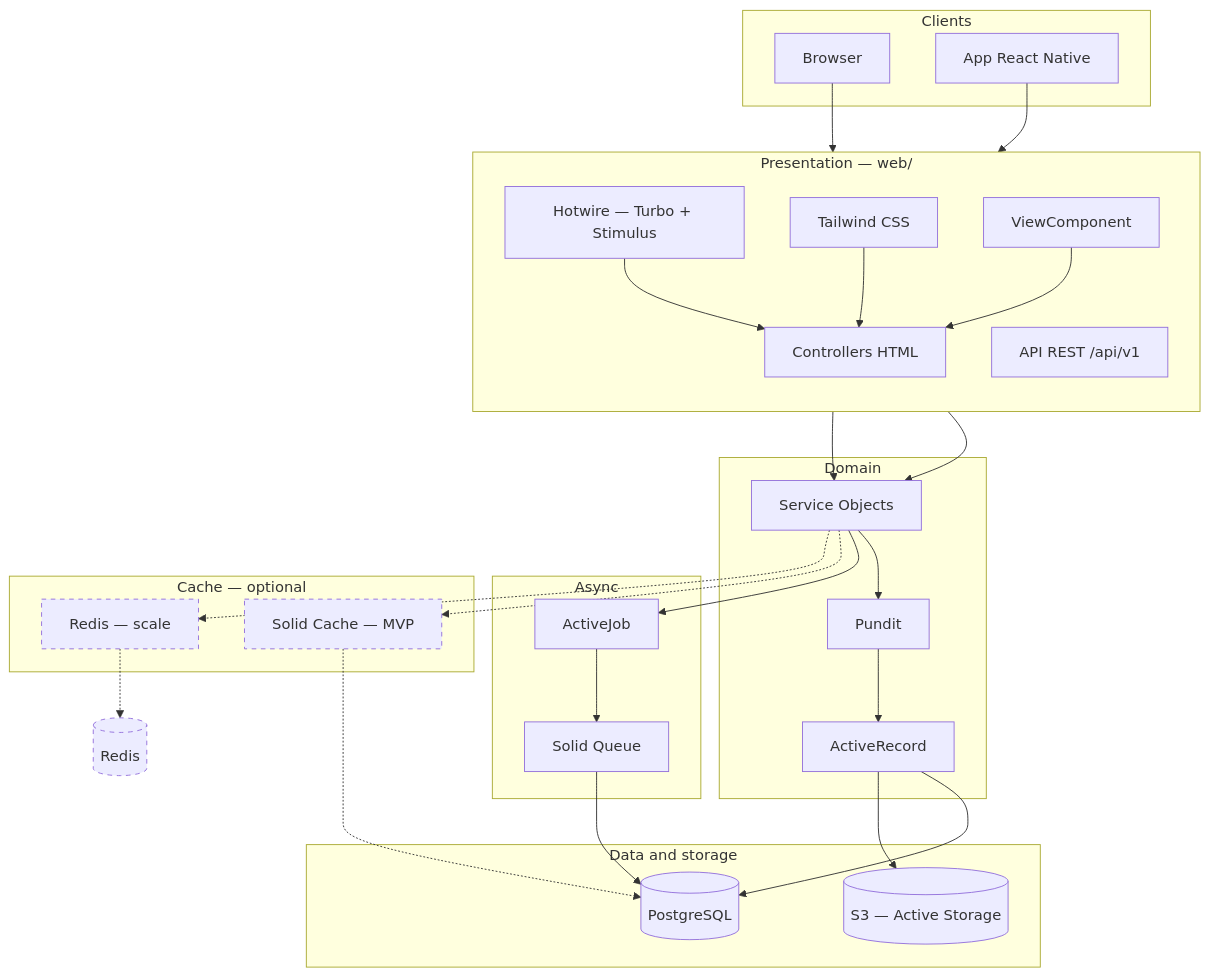
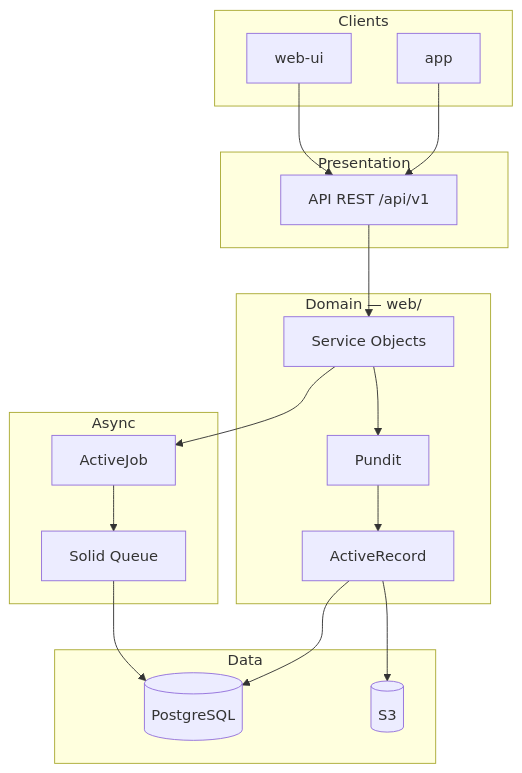
One commit to DLA-Solutions/school_lab changed the second of 2 diagrams in docs/web-stack.md. Above: the diagram before and after it, drawn with Mermaid. The commit also changed other lines of this file and 13 other files, not shown here.

First line of the commit message:
docs: plan API v1 with React clients, rswag, and JWT auth lifecycle

````diff
--- a/docs/web-stack.md
+++ b/docs/web-stack.md
@@ -221,64 +233,41 @@
 ```mermaid
 flowchart TB
     subgraph clients [Clients]
-        Browser[Browser]
-        MobileApp[App React Native]
+        WebUI[web-ui]
+        MobileApp[app]
     end
 
-    subgraph presentation [Presentation — web/]
-        direction TB
-        Hotwire[Hotwire — Turbo + Stimulus]
-        Tailwind[Tailwind CSS]
-        VC[ViewComponent]
-        HTMLCtrl[Controllers HTML]
+    subgraph presentation [Presentation]
         API[API REST /api/v1]
     end
 
-    subgraph domain [Domain]
+    subgraph domain [Domain — web/]
         Services[Service Objects]
         Policies[Pundit]
         Models[ActiveRecord]
     end
 
     subgraph async [Async]
         ActiveJob[ActiveJob]
         SolidQueue[Solid Queue]
     end
 
-    subgraph data [Data and storage]
+    subgraph data [Data]
         PG[(PostgreSQL)]
-        S3[(S3 — Active Storage)]
+        S3[(S3)]
     end
 
-    subgraph cache [Cache — optional]
-        SolidCache[Solid Cache — MVP]
-        RedisCache[Redis — scale]
-    end
-
-    Browser --> Hotwire
-    Hotwire --> HTMLCtrl
-    Tailwind --> HTMLCtrl
-    VC --> HTMLCtrl
-
+    WebUI --> API
     MobileApp --> API
 
-    HTMLCtrl --> Services
     API --> Services
     Services --> Policies
     Policies --> Models
 
     Services --> ActiveJob
     ActiveJob --> SolidQueue
     SolidQueue --> PG
 
     Models --> PG
     Models --> S3
-
-    Services -.-> SolidCache
-    SolidCache -.-> PG
-    Services -.-> RedisCache
-    RedisCache -.-> Redis[(Redis)]
-
-    classDef optional stroke-dasharray: 5 5
-    class SolidCache,RedisCache,Redis optional
 ```
````
